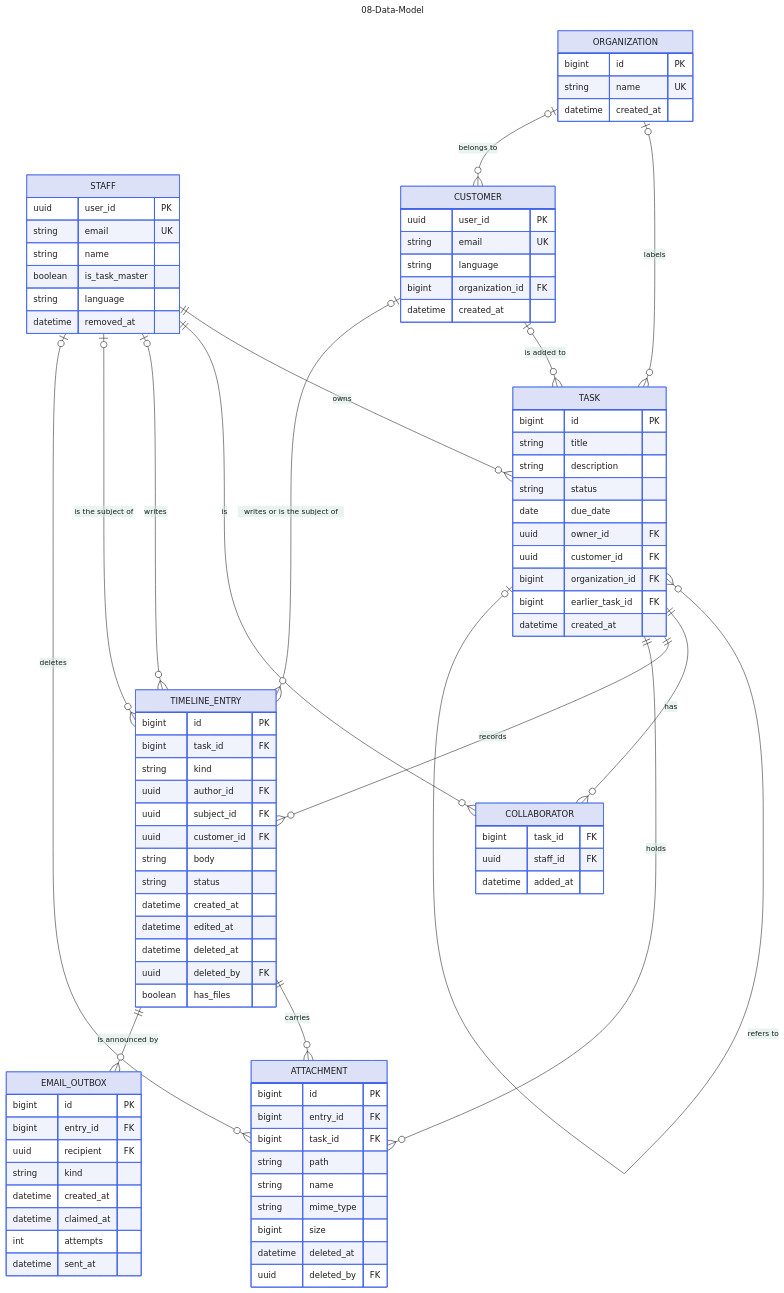
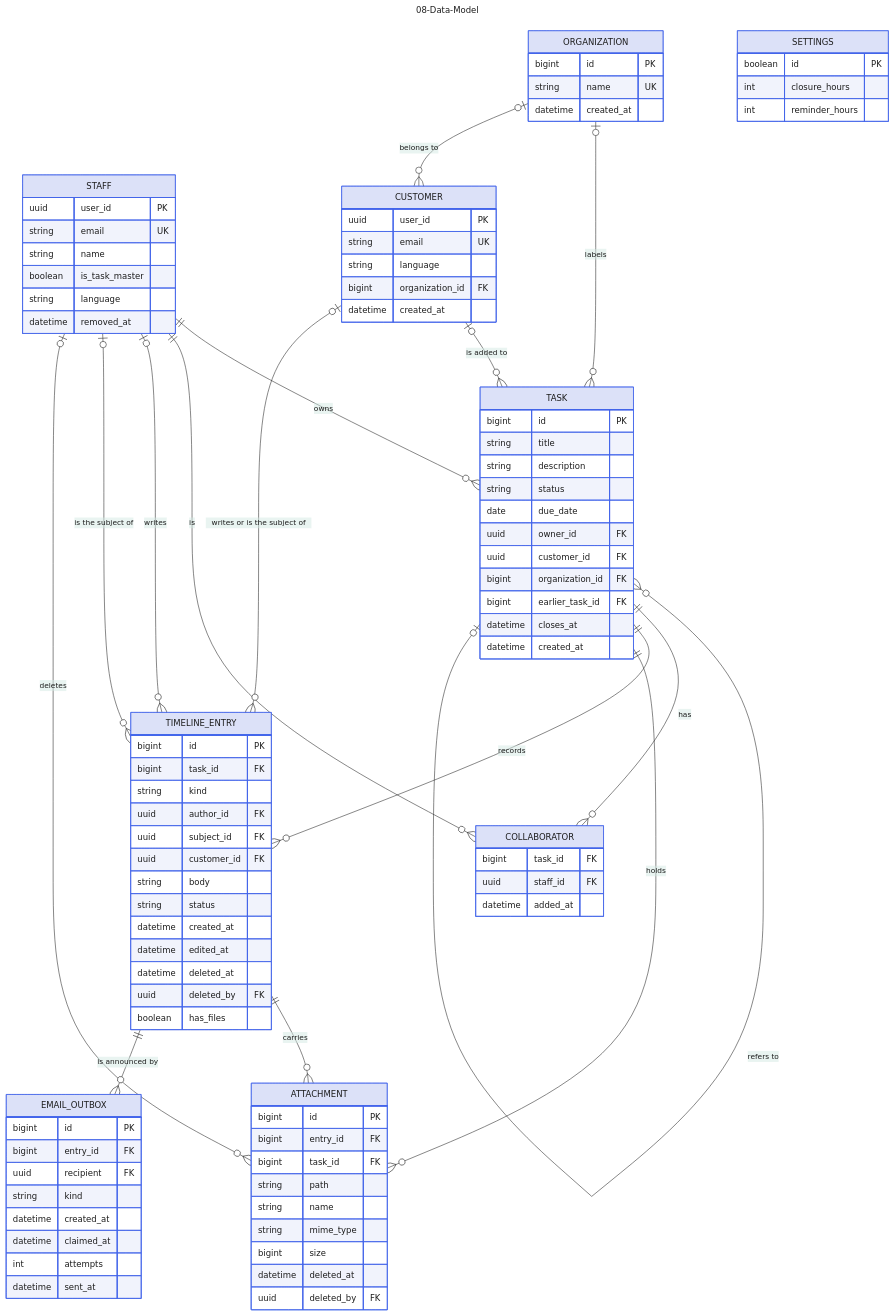
One commit to jedt3d/tasuku changed the diagram in docs/diagram/08-Data-Model.md. Above: the diagram before and after it, drawn with Mermaid. The commit also changed other lines of this file and 7 other files, not shown here.

Commit message:
docs: sync the diagrams with automatic closure (#11)

```diff
--- a/docs/diagram/08-Data-Model.md
+++ b/docs/diagram/08-Data-Model.md
@@ -107,7 +107,13 @@
     uuid customer_id FK
     bigint organization_id FK
     bigint earlier_task_id FK
+    datetime closes_at
     datetime created_at
+  }
+  SETTINGS {
+    boolean id PK
+    int closure_hours
+    int reminder_hours
   }
   COLLABORATOR {
     bigint task_id FK
```
